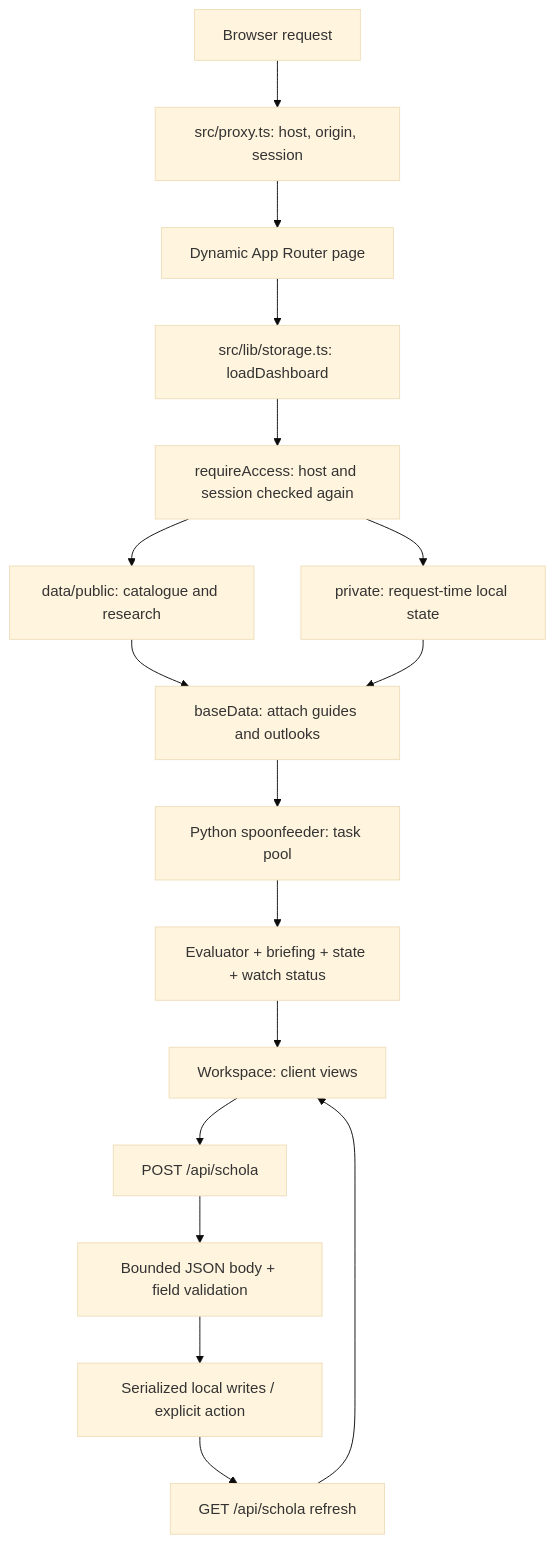
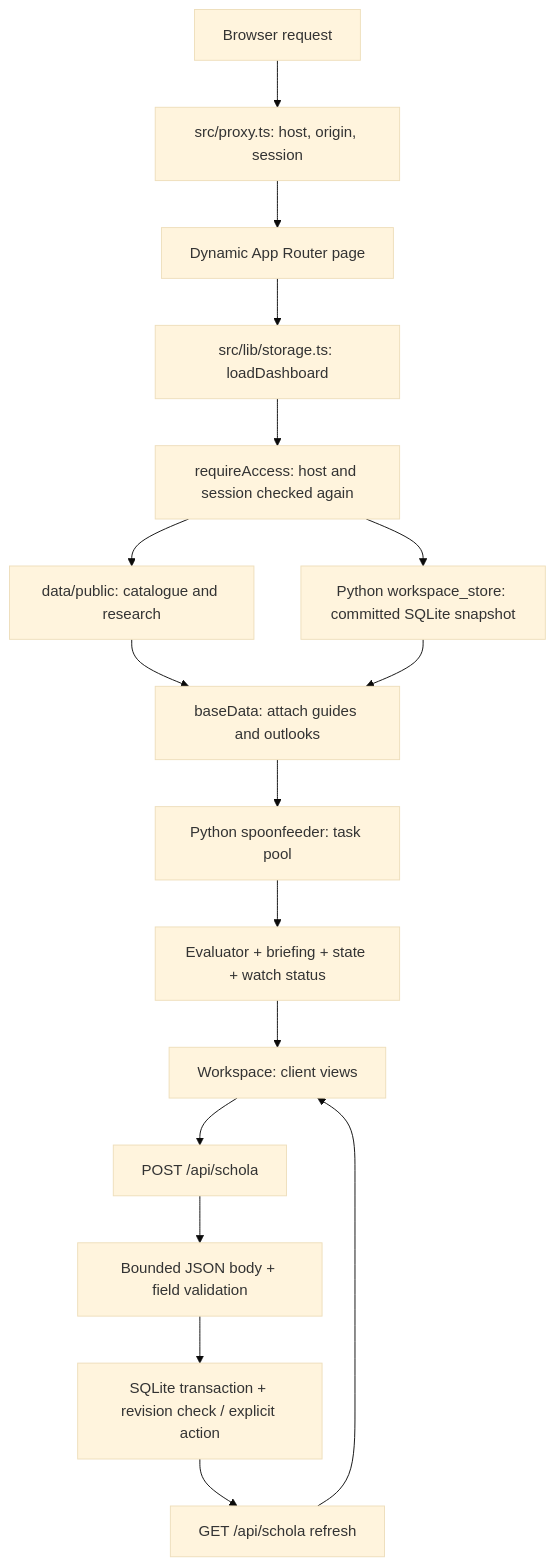
One commit to felliot789/studab27 changed the first of 2 diagrams in docs/REPO_MAP.md. Above: the diagram before and after it, drawn with Mermaid (base theme). The commit also changed other lines of this file and 36 other files, not shown here.

````diff
--- a/docs/REPO_MAP.md
+++ b/docs/REPO_MAP.md
@@ -10,19 +10,19 @@
 ```mermaid
 flowchart TD
   Browser[Browser request] --> Proxy[src/proxy.ts: host, origin, session]
   Proxy --> Page[Dynamic App Router page]
   Page --> Storage[src/lib/storage.ts: loadDashboard]
   Storage --> Access[requireAccess: host and session checked again]
   Access --> Public[data/public: catalogue and research]
-  Access --> Vault[private: request-time local state]
+  Access --> Store[Python workspace_store: committed SQLite snapshot]
   Public --> Base[baseData: attach guides and outlooks]
-  Vault --> Base
+  Store --> Base
   Base --> Pool[Python spoonfeeder: task pool]
   Pool --> Dashboard[Evaluator + briefing + state + watch status]
   Dashboard --> Workspace[Workspace: client views]
   Workspace --> API[POST /api/schola]
   API --> Validate[Bounded JSON body + field validation]
-  Validate --> Save[Serialized local writes / explicit action]
+  Validate --> Save[SQLite transaction + revision check / explicit action]
   Save --> Refresh[GET /api/schola refresh]
   Refresh --> Workspace
 ```
````
